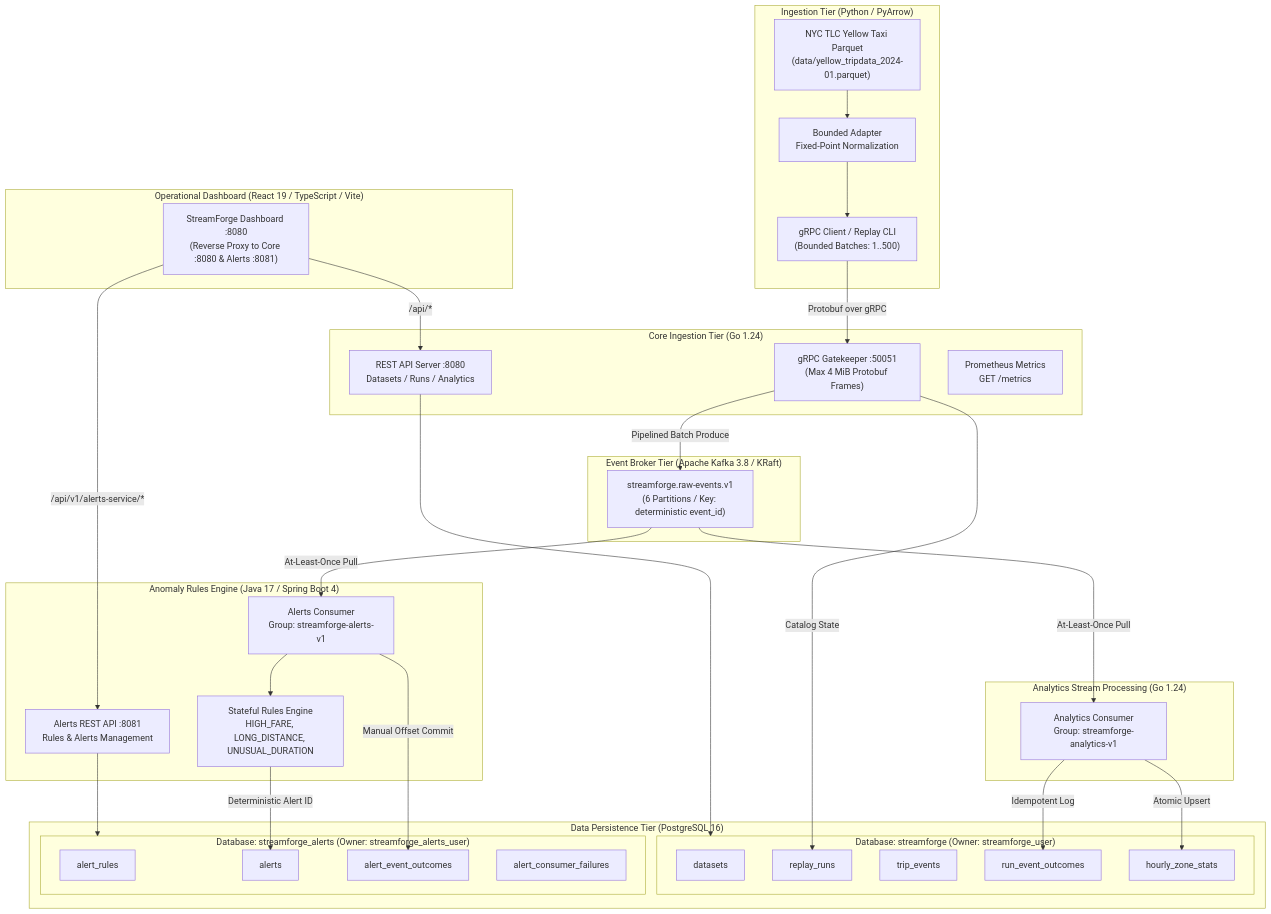
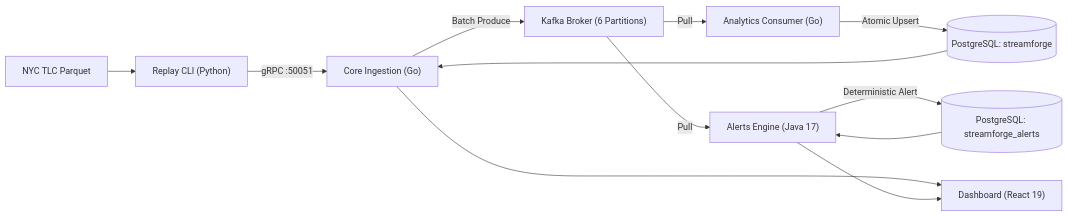
One commit to TM-threemavithana/streamforge changed the diagram in README.md. Above: the diagram before and after it, drawn with Mermaid. The commit also changed other lines of this file and 1 other file, not shown here.

Commit message:
docs(architecture): render system architecture via vector SVG and clean ASCII pipeline

````diff
--- a/README.md
+++ b/README.md
@@ -23,67 +50,14 @@
 ```mermaid
-flowchart TD
-    subgraph IngestionTier["Ingestion Tier (Python / PyArrow)"]
-        Parquet["NYC TLC Yellow Taxi Parquet\n(data/yellow_tripdata_2024-01.parquet)"] --> Normalizer["Bounded Adapter\nFixed-Point Normalization"]
-        Normalizer --> ReplayCLI["gRPC Client / Replay CLI\n(Bounded Batches: 1..500)"]
-    end
-
-    subgraph CoreService["Core Ingestion Tier (Go 1.24)"]
-        gRPCServer["gRPC Gatekeeper :50051\n(Max 4 MiB Protobuf Frames)"]
-        RESTServer["REST API Server :8080\nDatasets / Runs / Analytics"]
-        MetricsEndpoint["Prometheus Metrics\nGET /metrics"]
-    end
-
-    subgraph MessagingTier["Event Broker Tier (Apache Kafka 3.8 / KRaft)"]
-        RawEventsTopic["streamforge.raw-events.v1\n(6 Partitions / Key: deterministic event_id)"]
-    end
-
-    subgraph AnalyticsWorkerTier["Analytics Stream Processing (Go 1.24)"]
-        AnalyticsConsumer["Analytics Consumer\nGroup: streamforge-analytics-v1"]
-    end
-
-    subgraph AlertsWorkerTier["Anomaly Rules Engine (Java 17 / Spring Boot 4)"]
-        AlertsConsumer["Alerts Consumer\nGroup: streamforge-alerts-v1"]
-        RulesEngine["Stateful Rules Engine\nHIGH_FARE, LONG_DISTANCE, UNUSUAL_DURATION"]
-        AlertsAPI["Alerts REST API :8081\nRules & Alerts Management"]
-    end
-
-    subgraph StorageTier["Data Persistence Tier (PostgreSQL 16)"]
-        subgraph CoreDB["Database: streamforge (Owner: streamforge_user)"]
-            DatasetsTable["datasets"]
-            RunsTable["replay_runs"]
-            TripsTable["trip_events"]
-            OutcomesTable["run_event_outcomes"]
-            HourlyStatsTable["hourly_zone_stats"]
-        end
-
-        subgraph AlertsDB["Database: streamforge_alerts (Owner: streamforge_alerts_user)"]
-            AlertRulesTable["alert_rules"]
-            AlertsTable["alerts"]
-            AlertOutcomesTable["alert_event_outcomes"]
-            ConsumerFailuresTable["alert_consumer_failures"]
-        end
-    end
-
-    subgraph PresentationTier["Operational Dashboard (React 19 / TypeScript / Vite)"]
-        Dashboard["StreamForge Dashboard :8080\n(Reverse Proxy to Core :8080 & Alerts :8081)"]
-    end
-
-    ReplayCLI -->|Protobuf over gRPC| gRPCServer
-    gRPCServer -->|Pipelined Batch Produce| RawEventsTopic
-    gRPCServer -->|Catalog State| RunsTable
-
-    RawEventsTopic -->|At-Least-Once Pull| AnalyticsConsumer
-    AnalyticsConsumer -->|Atomic Upsert| HourlyStatsTable
-    AnalyticsConsumer -->|Idempotent Log| OutcomesTable
-
-    RawEventsTopic -->|At-Least-Once Pull| AlertsConsumer
-    AlertsConsumer --> RulesEngine
-    RulesEngine -->|Deterministic Alert ID| AlertsTable
-    AlertsConsumer -->|Manual Offset Commit| AlertOutcomesTable
-
-    RESTServer --> CoreDB
-    AlertsAPI --> AlertsDB
-
-    Dashboard -->|/api/*| RESTServer
-    Dashboard -->|/api/v1/alerts-service/*| AlertsAPI
+flowchart LR
+    Parquet["NYC TLC Parquet"] --> ReplayCLI["Replay CLI (Python)"]
+    ReplayCLI -->|gRPC :50051| GoCore["Core Ingestion (Go)"]
+    GoCore -->|Batch Produce| Kafka["Kafka Broker (6 Partitions)"]
+    Kafka -->|Pull| GoAnalytics["Analytics Consumer (Go)"]
+    Kafka -->|Pull| JavaAlerts["Alerts Engine (Java 17)"]
+    GoAnalytics -->|Atomic Upsert| CoreDB[("PostgreSQL: streamforge")]
+    JavaAlerts -->|Deterministic Alert| AlertsDB[("PostgreSQL: streamforge_alerts")]
+    CoreDB --> GoCore
+    AlertsDB --> JavaAlerts
+    GoCore --> Dashboard["Dashboard (React 19)"]
+    JavaAlerts --> Dashboard
 ```
````
